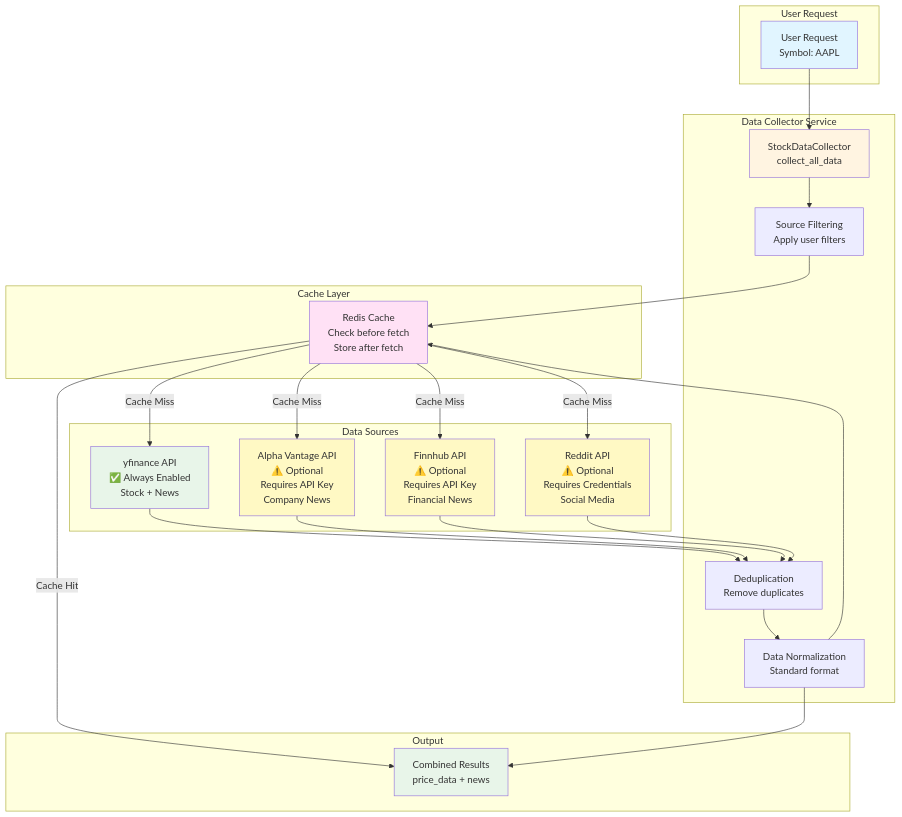
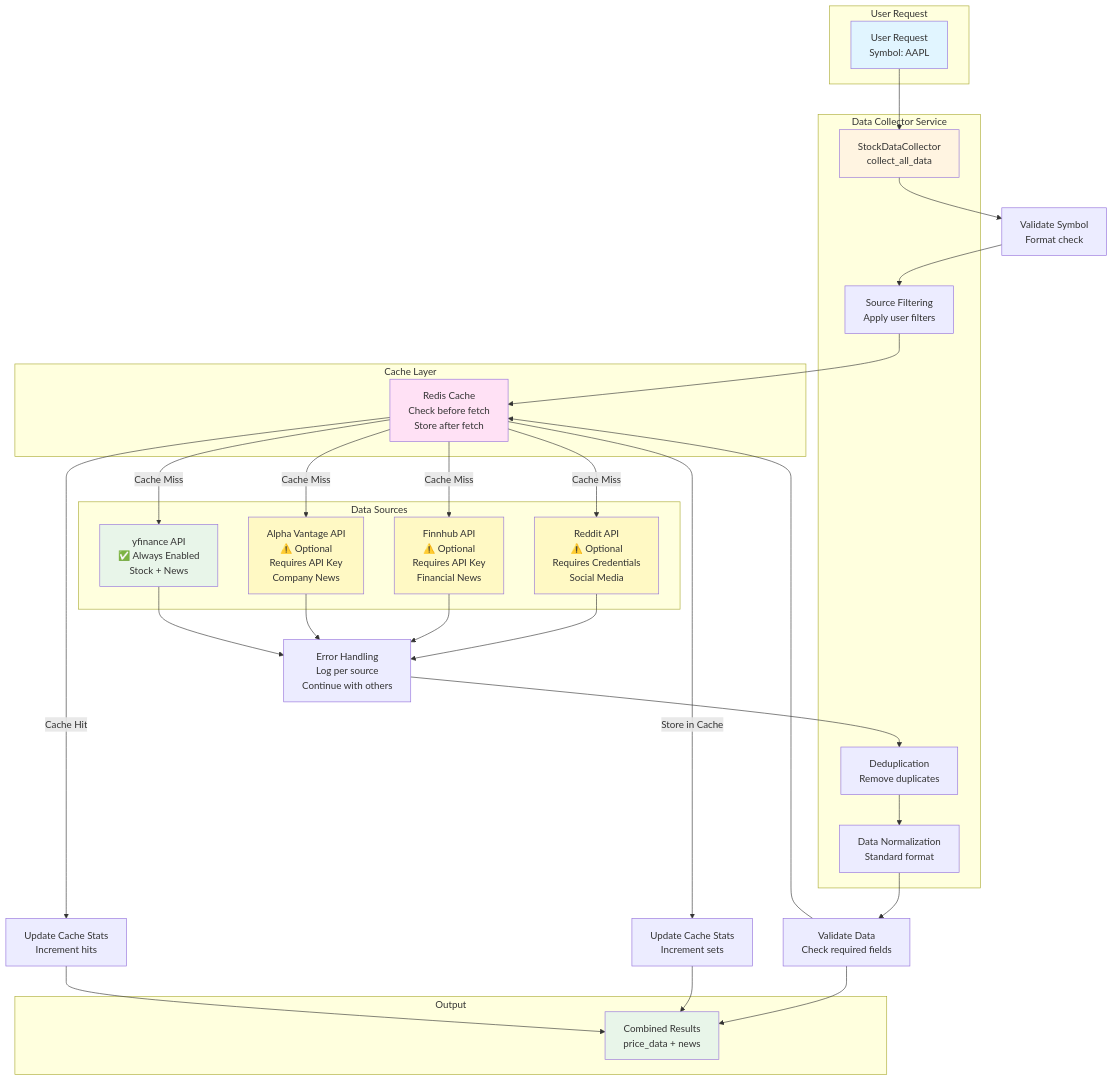
Before and after one commit to anandDev77/stock-sentiment-analysis: diagram 21 of 29 in docs/diagrams/mermaid_diagrams_source.md, drawn with Mermaid. The commit also changed other lines of this file and 49 other files, not shown here.

Commit message:
diagrams updated

````diff
--- a/docs/diagrams/mermaid_diagrams_source.md
+++ b/docs/diagrams/mermaid_diagrams_source.md
@@ -1090,56 +1294,63 @@
 ```mermaid
 flowchart TB
     subgraph "User Request"
         USER[User Request<br/>Symbol: AAPL]
     end
     
     subgraph "Data Collector Service"
         COLLECTOR[StockDataCollector<br/>collect_all_data]
         FILTER[Source Filtering<br/>Apply user filters]
         DEDUPE[Deduplication<br/>Remove duplicates]
         NORMALIZE[Data Normalization<br/>Standard format]
     end
     
     subgraph "Data Sources"
         YFINANCE[yfinance API<br/>✅ Always Enabled<br/>Stock + News]
         ALPHA[Alpha Vantage API<br/>⚠️ Optional<br/>Requires API Key<br/>Company News]
         FINN[Finnhub API<br/>⚠️ Optional<br/>Requires API Key<br/>Financial News]
         REDDIT[Reddit API<br/>⚠️ Optional<br/>Requires Credentials<br/>Social Media]
     end
     
     subgraph "Cache Layer"
         REDIS_CACHE[Redis Cache<br/>Check before fetch<br/>Store after fetch]
     end
     
     subgraph "Output"
         RESULT[Combined Results<br/>price_data + news]
     end
     
     USER --> COLLECTOR
-    COLLECTOR --> FILTER
+    COLLECTOR --> VALIDATE[Validate Symbol<br/>Format check]
+    VALIDATE --> FILTER
     FILTER --> REDIS_CACHE
     
+    REDIS_CACHE -->|Cache Hit| UPDATE_STATS[Update Cache Stats<br/>Increment hits]
     REDIS_CACHE -->|Cache Miss| YFINANCE
     REDIS_CACHE -->|Cache Miss| ALPHA
     REDIS_CACHE -->|Cache Miss| FINN
     REDIS_CACHE -->|Cache Miss| REDDIT
     
-    YFINANCE --> DEDUPE
-    ALPHA --> DEDUPE
-    FINN --> DEDUPE
-    REDDIT --> DEDUPE
+    UPDATE_STATS --> RESULT
     
+    YFINANCE --> ERROR_HANDLE[Error Handling<br/>Log per source<br/>Continue with others]
+    ALPHA --> ERROR_HANDLE
+    FINN --> ERROR_HANDLE
+    REDDIT --> ERROR_HANDLE
+    
+    ERROR_HANDLE --> DEDUPE
     DEDUPE --> NORMALIZE
-    NORMALIZE --> REDIS_CACHE
-    REDIS_CACHE -->|Cache Hit| RESULT
-    NORMALIZE --> RESULT
+    NORMALIZE --> VALIDATE_DATA[Validate Data<br/>Check required fields]
+    VALIDATE_DATA --> REDIS_CACHE
+    REDIS_CACHE -->|Store in Cache| UPDATE_STATS_STORE[Update Cache Stats<br/>Increment sets]
+    UPDATE_STATS_STORE --> RESULT
+    VALIDATE_DATA --> RESULT
     
     style USER fill:#e1f5ff
     style COLLECTOR fill:#fff4e1
     style YFINANCE fill:#e8f5e9
     style ALPHA fill:#fff9c4
     style FINN fill:#fff9c4
     style REDDIT fill:#fff9c4
     style REDIS_CACHE fill:#ffe1f5
     style RESULT fill:#e8f5e9
 ```
````
